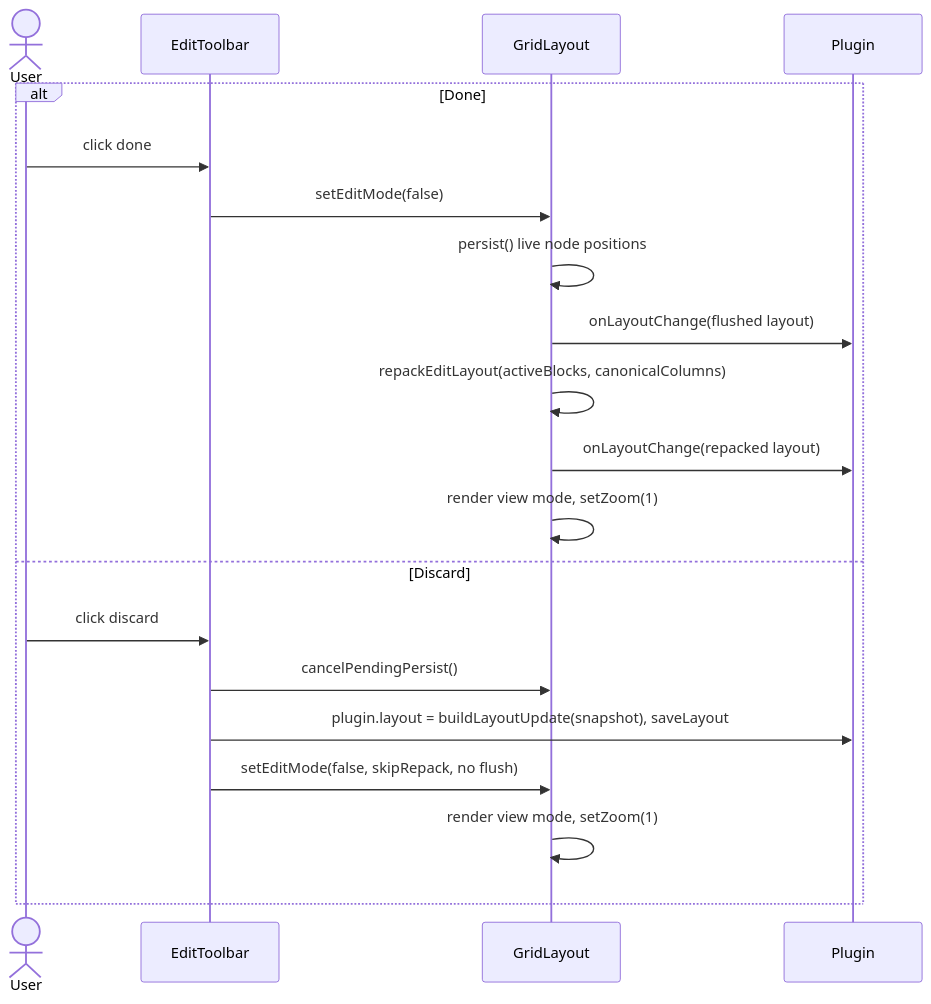
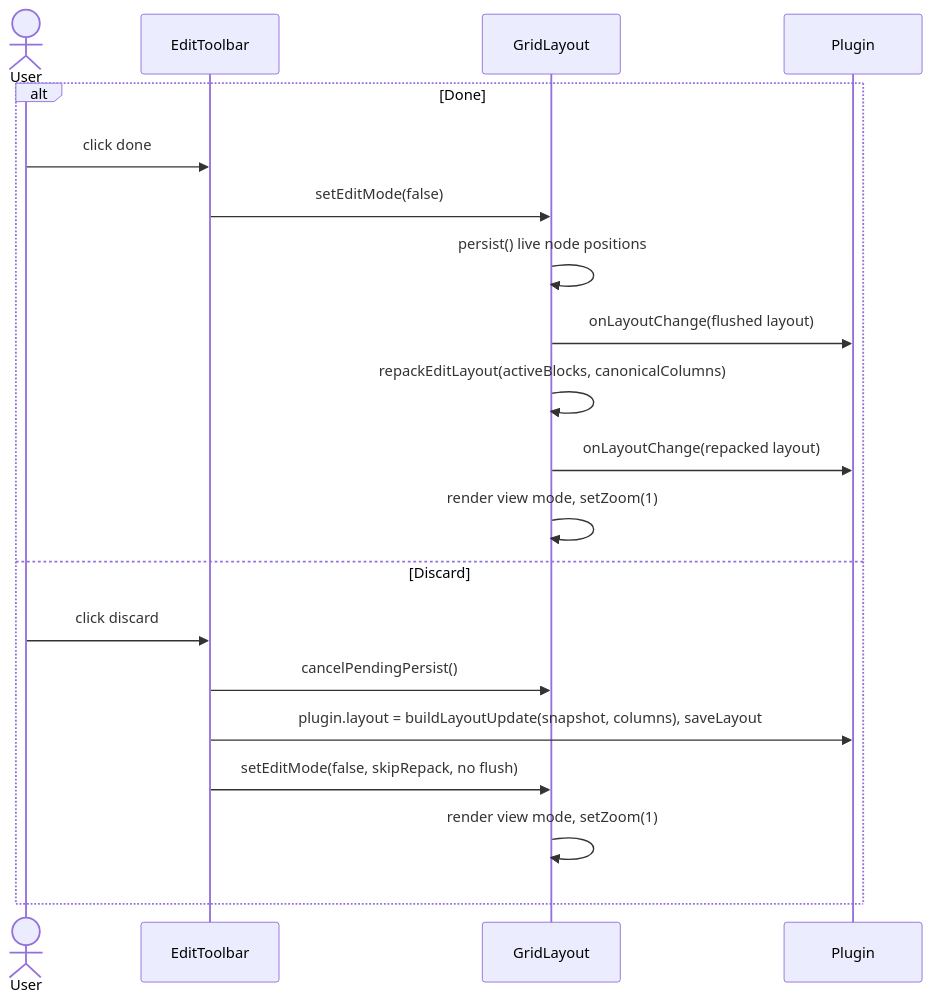
One commit to acaprino/obsidian-plugin-homepage changed the seventh of 15 diagrams in docs/flows.md. Above: the diagram before and after it, drawn with Mermaid. The commit also changed other lines of this file and 10 other files, not shown here.

````diff
--- a/docs/flows.md
+++ b/docs/flows.md
@@ -404,22 +415,22 @@
 ```mermaid
 sequenceDiagram
   actor U as User
   participant T as EditToolbar
   participant G as GridLayout
   participant P as Plugin
   alt Done
     U->>T: click done
     T->>G: setEditMode(false)
     G->>G: persist() live node positions
     G->>P: onLayoutChange(flushed layout)
     G->>G: repackEditLayout(activeBlocks, canonicalColumns)
     G->>P: onLayoutChange(repacked layout)
     G->>G: render view mode, setZoom(1)
   else Discard
     U->>T: click discard
     T->>G: cancelPendingPersist()
-    T->>P: plugin.layout = buildLayoutUpdate(snapshot), saveLayout
+    T->>P: plugin.layout = buildLayoutUpdate(snapshot, columns), saveLayout
     T->>G: setEditMode(false, skipRepack, no flush)
     G->>G: render view mode, setZoom(1)
   end
 ```
````
